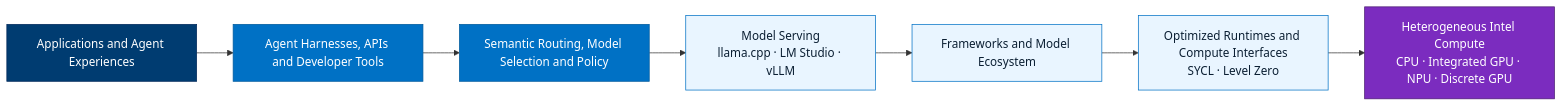
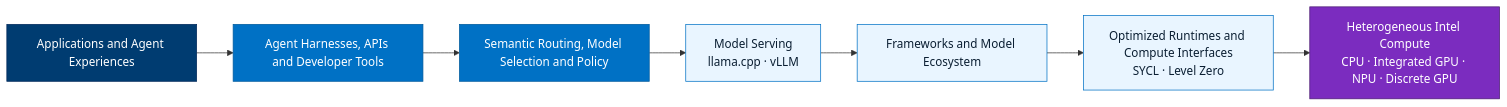
Before and after one commit to malcolmchanhaoxian/Intel-SG-Workshop-2026: the second of 9 diagrams in README.md, drawn with Mermaid. The commit also changed other lines of this file, not shown here.

````diff
--- a/README.md
+++ b/README.md
@@ -92,33 +92,33 @@
 ```mermaid
 flowchart LR
     APP["Applications and Agent Experiences"]
 
     AGENT["Agent Harnesses, APIs and Developer Tools"]
 
     ROUTE["Semantic Routing, Model Selection and Policy"]
 
-    SERVE["Model Serving<br/>llama.cpp · LM Studio · vLLM"]
+    SERVE["Model Serving<br/>llama.cpp · vLLM"]
 
     FRAME["Frameworks and Model Ecosystem"]
 
     RUNTIME["Optimized Runtimes and Compute Interfaces<br/>SYCL · Level Zero"]
 
     HW["Heterogeneous Intel Compute<br/>CPU · Integrated GPU · NPU · Discrete GPU"]
 
     APP --> AGENT
     AGENT --> ROUTE
     ROUTE --> SERVE
     SERVE --> FRAME
     FRAME --> RUNTIME
     RUNTIME --> HW
 
     classDef top fill:#003c71,stroke:#00285a,color:#ffffff;
     classDef app fill:#0071c5,stroke:#005a9c,color:#ffffff;
     classDef layer fill:#e9f5ff,stroke:#0071c5,color:#0b1f33;
     classDef hardware fill:#7b2cbf,stroke:#4c1d73,color:#ffffff;
 
     class APP top;
     class AGENT,ROUTE app;
     class SERVE,FRAME,RUNTIME layer;
     class HW hardware;
 ```
````
